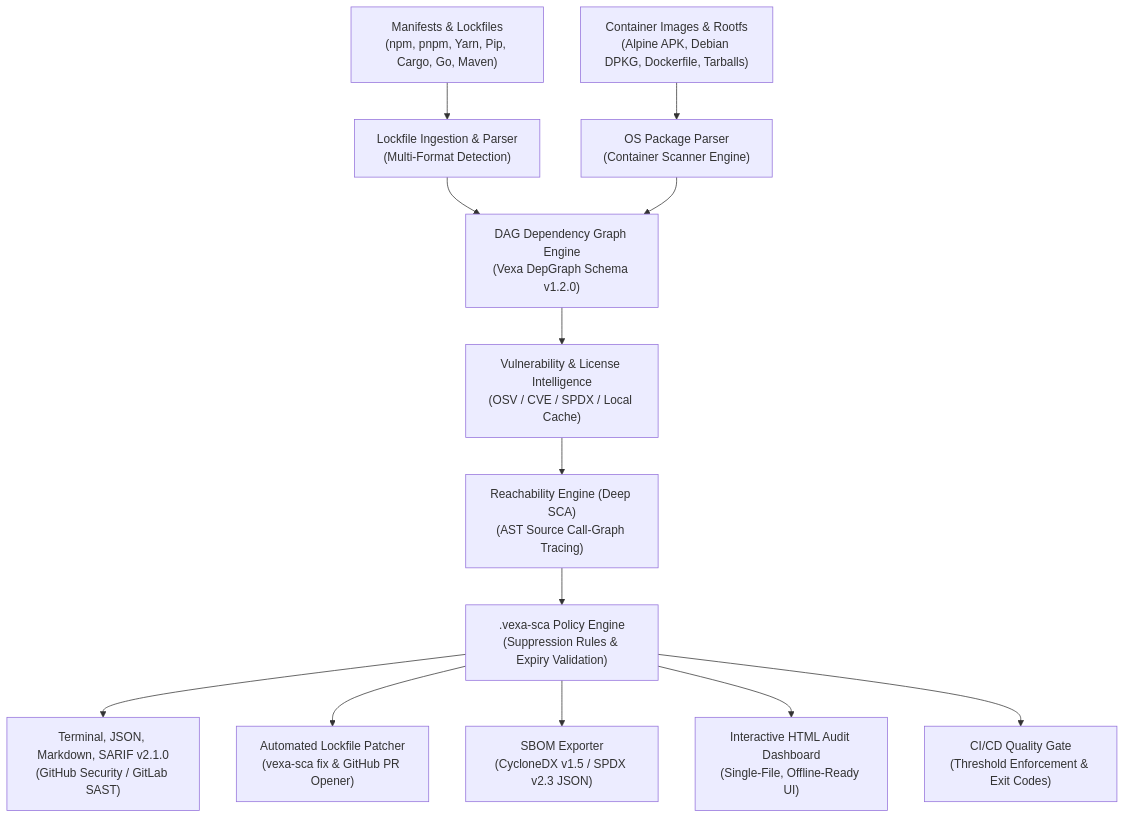
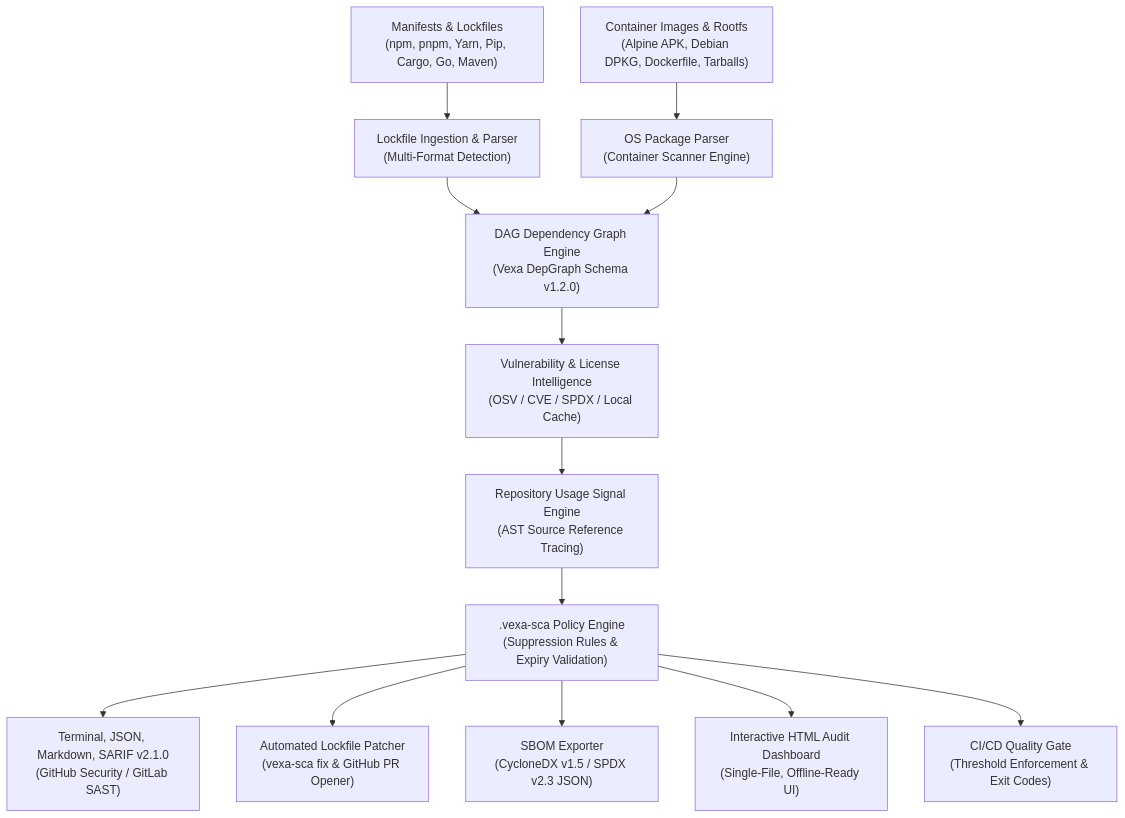
The diagram in README.md (noviqtechnologies/vexa-sca), drawn with Mermaid before and after one commit. The commit also changed other lines of this file and 30 other files, not shown here.

````diff
--- a/README.md
+++ b/README.md
@@ -239,15 +252,15 @@
 ```mermaid
 graph TD
-    A["Manifests & Lockfiles\n(npm, pnpm, Yarn, Pip, Cargo, Go, Maven)"] --> B["Lockfile Ingestion & Parser\n(Multi-Format Detection)"]
-    K["Container Images & Rootfs\n(Alpine APK, Debian DPKG, Dockerfile, Tarballs)"] --> B2["OS Package Parser\n(Container Scanner Engine)"]
-    B --> C["DAG Dependency Graph Engine\n(Vexa DepGraph Schema v1.2.0)"]
+    A["Manifests & Lockfiles<br/>(npm, pnpm, Yarn, Pip, Cargo, Go, Maven)"] --> B["Lockfile Ingestion & Parser<br/>(Multi-Format Detection)"]
+    K["Container Images & Rootfs<br/>(Alpine APK, Debian DPKG, Dockerfile, Tarballs)"] --> B2["OS Package Parser<br/>(Container Scanner Engine)"]
+    B --> C["DAG Dependency Graph Engine<br/>(Vexa DepGraph Schema v1.2.0)"]
     B2 --> C
-    C --> D["Vulnerability & License Intelligence\n(OSV / CVE / SPDX / Local Cache)"]
-    D --> E["Reachability Engine (Deep SCA)\n(AST Source Call-Graph Tracing)"]
-    E --> F[".vexa-sca Policy Engine\n(Suppression Rules & Expiry Validation)"]
-    F --> G["Terminal, JSON, Markdown, SARIF v2.1.0\n(GitHub Security / GitLab SAST)"]
-    F --> H["Automated Lockfile Patcher\n(vexa-sca fix & GitHub PR Opener)"]
-    F --> I["SBOM Exporter\n(CycloneDX v1.5 / SPDX v2.3 JSON)"]
-    F --> J["Interactive HTML Audit Dashboard\n(Single-File, Offline-Ready UI)"]
-    F --> L["CI/CD Quality Gate\n(Threshold Enforcement & Exit Codes)"]
+    C --> D["Vulnerability & License Intelligence<br/>(OSV / CVE / SPDX / Local Cache)"]
+    D --> E["Repository Usage Signal Engine<br/>(AST Source Reference Tracing)"]
+    E --> F[".vexa-sca Policy Engine<br/>(Suppression Rules & Expiry Validation)"]
+    F --> G["Terminal, JSON, Markdown, SARIF v2.1.0<br/>(GitHub Security / GitLab SAST)"]
+    F --> H["Automated Lockfile Patcher<br/>(vexa-sca fix & GitHub PR Opener)"]
+    F --> I["SBOM Exporter<br/>(CycloneDX v1.5 / SPDX v2.3 JSON)"]
+    F --> J["Interactive HTML Audit Dashboard<br/>(Single-File, Offline-Ready UI)"]
+    F --> L["CI/CD Quality Gate<br/>(Threshold Enforcement & Exit Codes)"]
 ```
````
